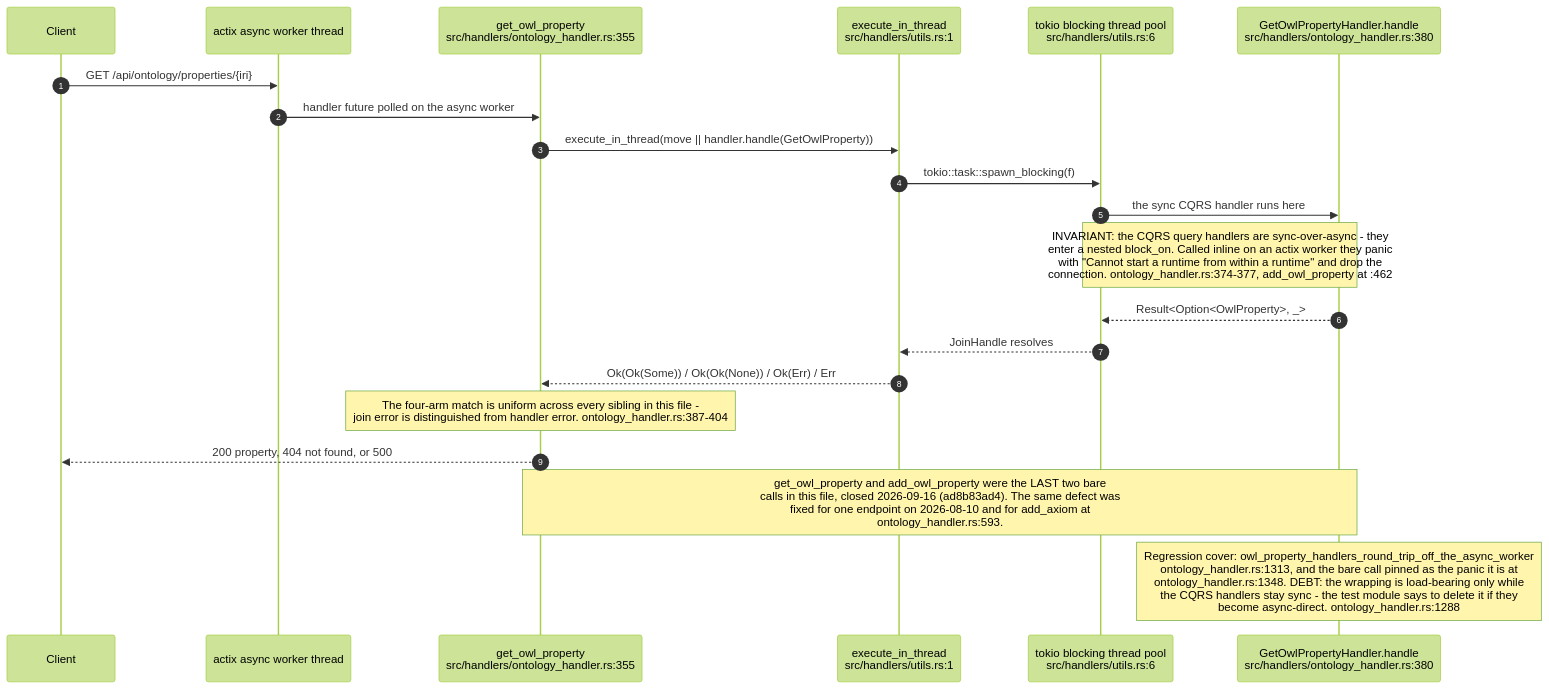
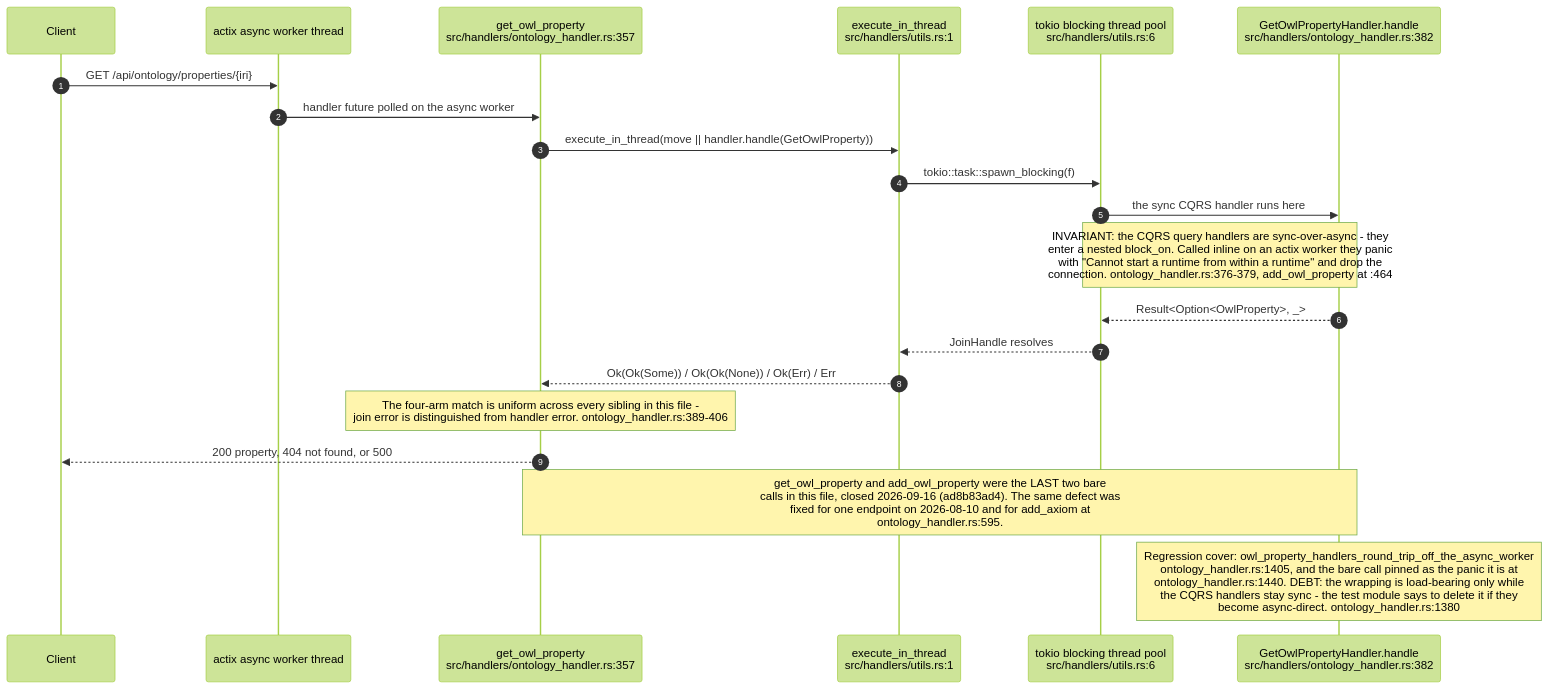
Before and after one commit to DreamLab-AI/VisionFlow: the ninth of 12 diagrams in docs/diagrams/visionclaw/20-ontology-pipeline-oxigraph-whelk.md, drawn with Mermaid (forest theme). The commit also changed other lines of this file and 7 other files, not shown here.

````diff
--- a/docs/diagrams/visionclaw/20-ontology-pipeline-oxigraph-whelk.md
+++ b/docs/diagrams/visionclaw/20-ontology-pipeline-oxigraph-whelk.md
@@ -348,24 +348,24 @@
 ```mermaid
 sequenceDiagram
     autonumber
     participant CL as Client
     participant AW as actix async worker thread
-    participant H as get_owl_property<br/>src/handlers/ontology_handler.rs:355
+    participant H as get_owl_property<br/>src/handlers/ontology_handler.rs:357
     participant EX as execute_in_thread<br/>src/handlers/utils.rs:1
     participant BT as tokio blocking thread pool<br/>src/handlers/utils.rs:6
-    participant QH as GetOwlPropertyHandler.handle<br/>src/handlers/ontology_handler.rs:380
+    participant QH as GetOwlPropertyHandler.handle<br/>src/handlers/ontology_handler.rs:382
 
     CL->>AW: GET /api/ontology/properties/{iri}
     AW->>H: handler future polled on the async worker
     H->>EX: execute_in_thread(move || handler.handle(GetOwlProperty))
     EX->>BT: tokio::task::spawn_blocking(f)
     BT->>QH: the sync CQRS handler runs here
-    Note over BT,QH: INVARIANT: the CQRS query handlers are sync-over-async - they<br/>enter a nested block_on. Called inline on an actix worker they panic<br/>with "Cannot start a runtime from within a runtime" and drop the<br/>connection. ontology_handler.rs:374-377, add_owl_property at :462
+    Note over BT,QH: INVARIANT: the CQRS query handlers are sync-over-async - they<br/>enter a nested block_on. Called inline on an actix worker they panic<br/>with "Cannot start a runtime from within a runtime" and drop the<br/>connection. ontology_handler.rs:376-379, add_owl_property at :464
     QH-->>BT: Result<Option<OwlProperty>, _>
     BT-->>EX: JoinHandle resolves
     EX-->>H: Ok(Ok(Some)) / Ok(Ok(None)) / Ok(Err) / Err
-    Note over H: The four-arm match is uniform across every sibling in this file -<br/>join error is distinguished from handler error. ontology_handler.rs:387-404
+    Note over H: The four-arm match is uniform across every sibling in this file -<br/>join error is distinguished from handler error. ontology_handler.rs:389-406
     H-->>CL: 200 property, 404 not found, or 500
-    Note over H,QH: get_owl_property and add_owl_property were the LAST two bare<br/>calls in this file, closed 2026-09-16 (ad8b83ad4). The same defect was<br/>fixed for one endpoint on 2026-08-10 and for add_axiom at<br/>ontology_handler.rs:593.
-    Note over QH: Regression cover: owl_property_handlers_round_trip_off_the_async_worker<br/>ontology_handler.rs:1313, and the bare call pinned as the panic it is at<br/>ontology_handler.rs:1348. DEBT: the wrapping is load-bearing only while<br/>the CQRS handlers stay sync - the test module says to delete it if they<br/>become async-direct. ontology_handler.rs:1288
+    Note over H,QH: get_owl_property and add_owl_property were the LAST two bare<br/>calls in this file, closed 2026-09-16 (ad8b83ad4). The same defect was<br/>fixed for one endpoint on 2026-08-10 and for add_axiom at<br/>ontology_handler.rs:595.
+    Note over QH: Regression cover: owl_property_handlers_round_trip_off_the_async_worker<br/>ontology_handler.rs:1405, and the bare call pinned as the panic it is at<br/>ontology_handler.rs:1440. DEBT: the wrapping is load-bearing only while<br/>the CQRS handlers stay sync - the test module says to delete it if they<br/>become async-direct. ontology_handler.rs:1380
 ```
````
